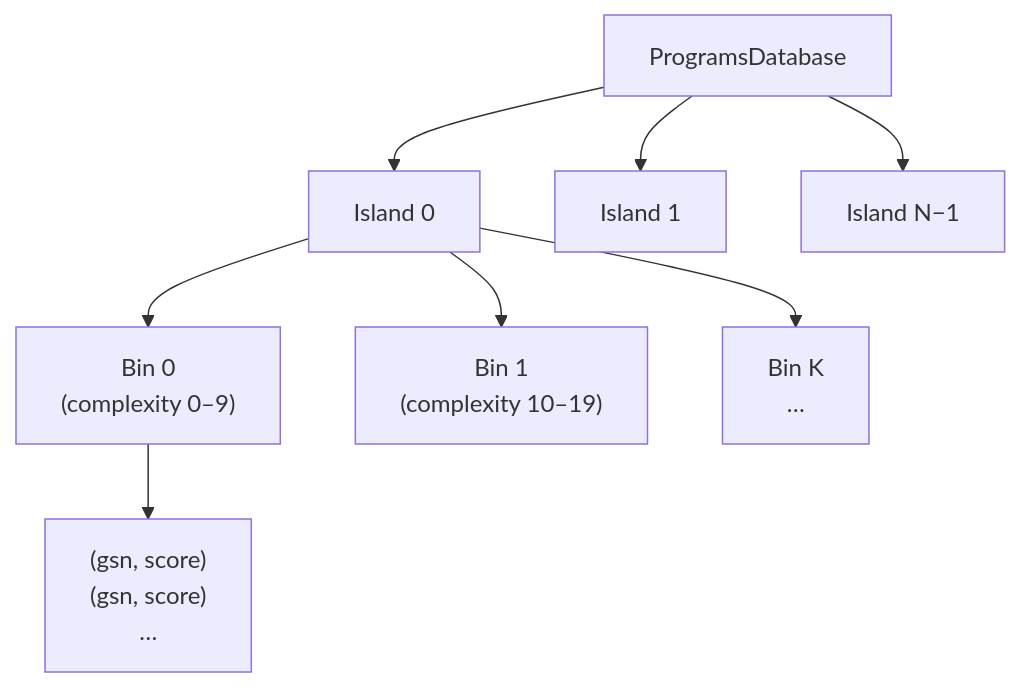
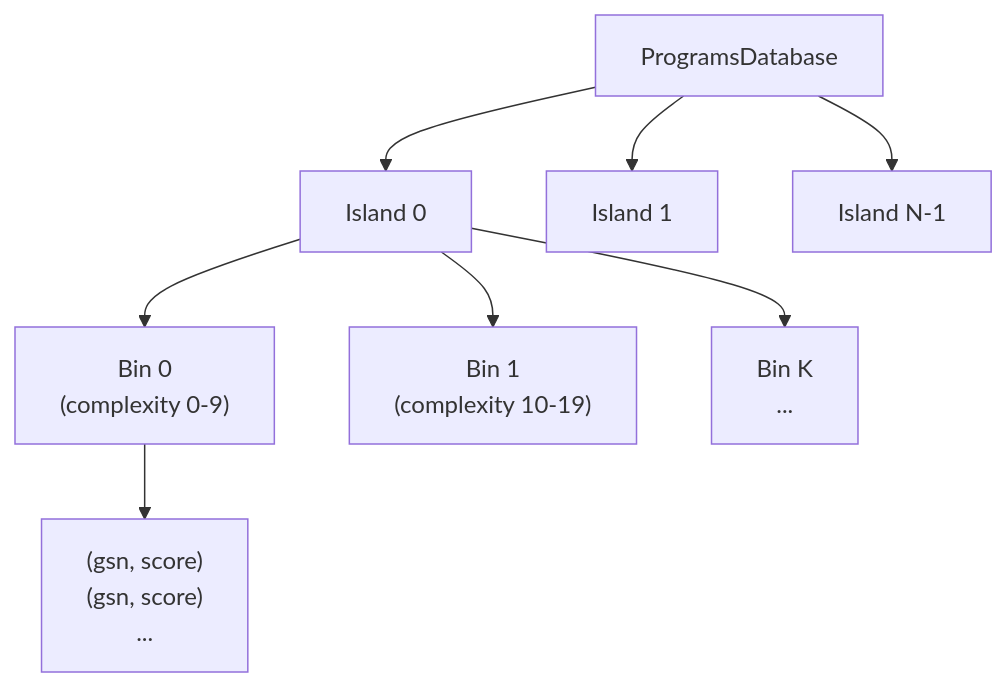
The second of 2 diagrams in docs/introduction.md (haolunc/AlphaEvolve_SymbolicRegression), drawn with Mermaid before and after one commit. The commit also changed other lines of this file and 35 other files, not shown here.

````diff
--- a/docs/introduction.md
+++ b/docs/introduction.md
@@ -103,10 +106,10 @@
 ```{mermaid}
 graph TD
     PDB["ProgramsDatabase"] --> I0["Island 0"]
     PDB --> I1["Island 1"]
-    PDB --> IN["Island N−1"]
-    I0 --> B0["Bin 0<br/>(complexity 0–9)"]
-    I0 --> B1["Bin 1<br/>(complexity 10–19)"]
-    I0 --> BK["Bin K<br/>…"]
-    B0 --> E0["(gsn, score)<br/>(gsn, score)<br/>…"]
+    PDB --> IN["Island N-1"]
+    I0 --> B0["Bin 0<br/>(complexity 0-9)"]
+    I0 --> B1["Bin 1<br/>(complexity 10-19)"]
+    I0 --> BK["Bin K<br/>..."]
+    B0 --> E0["(gsn, score)<br/>(gsn, score)<br/>..."]
 ```
````
